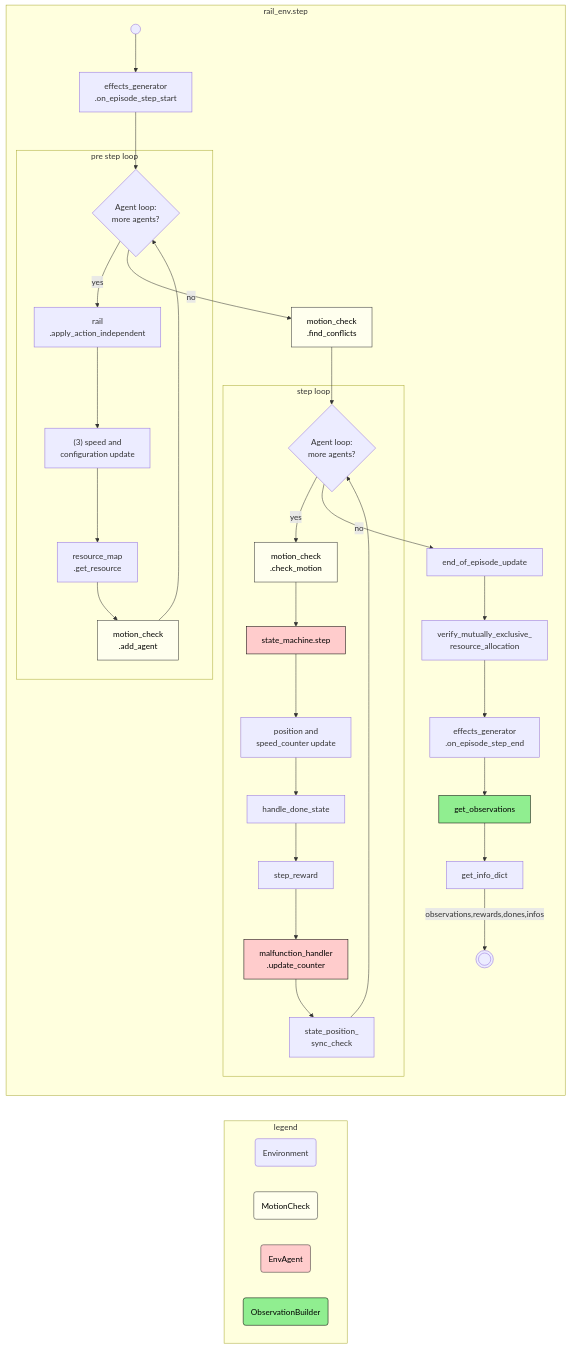
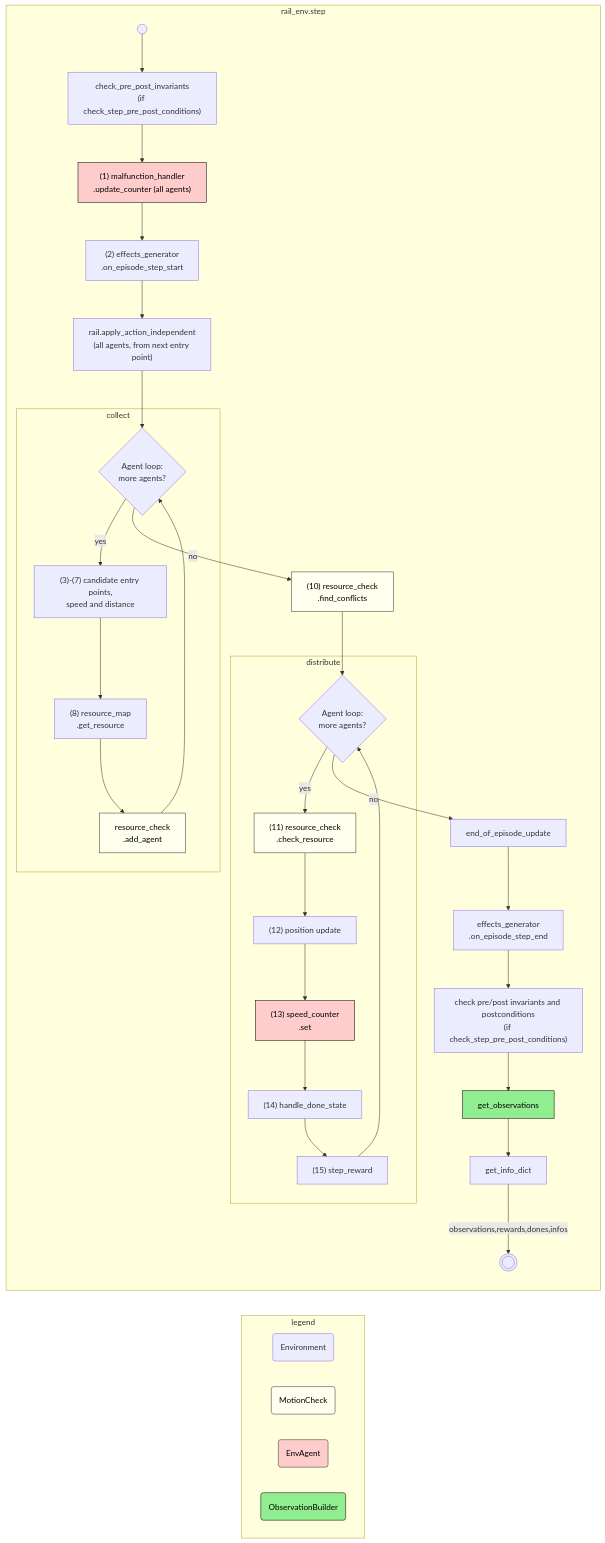
Before and after one commit to flatland-association/flatland-book: the fourth of 5 diagrams in key-concepts/key_concepts.md, drawn with Mermaid. The commit also changed other lines of this file, not shown here.

Commit message:
docs(key-concepts): update step runtime view to collect/distribute, start-of-step malfunction update and optional state machine.

````diff
--- a/key-concepts/key_concepts.md
+++ b/key-concepts/key_concepts.md
@@ -237,49 +237,49 @@
 ```mermaid
 flowchart TD
     subgraph rail_env.step
         direction TB
-        start(("&nbsp;")) --> effects_generator.on_episode_step_start[effects_generator<br/>.on_episode_step_start]
-        effects_generator.on_episode_step_start --> pre_step_loop
-        subgraph pre_step_loop_ [pre step loop]
-            pre_step_loop{Agent loop:<br/> more agents?} -->|yes| rail.apply_action_independent[rail<br/>.apply_action_independent]
-            rail.apply_action_independent --> speed_and_configuration_update["(3) speed and<br/>configuration update"]
-            speed_and_configuration_update --> resource_map.get_resource[resource_map<br/>.get_resource]
-            resource_map.get_resource --> motion_check.add_agent[motion_check<br/>.add_agent]
-            motion_check.add_agent --> pre_step_loop
+        start(("&nbsp;")) --> check_pre_invariants["check_pre_post_invariants<br/>(if check_step_pre_post_conditions)"]
+        check_pre_invariants --> malfunction_handler.update_counter["(1) malfunction_handler<br/>.update_counter (all agents)"]
+        malfunction_handler.update_counter --> effects_generator.on_episode_step_start["(2) effects_generator<br/>.on_episode_step_start"]
+        effects_generator.on_episode_step_start --> rail.apply_action_independent["rail.apply_action_independent<br/>(all agents, from next entry point)"]
+        rail.apply_action_independent --> collect_loop
+        subgraph collect_loop_ [collect]
+            collect_loop{Agent loop:<br/> more agents?} -->|yes| candidates["(3)-(7) candidate entry points,<br/>speed and distance"]
+            candidates --> resource_map.get_resource["(8) resource_map<br/>.get_resource"]
+            resource_map.get_resource --> resource_check.add_agent[resource_check<br/>.add_agent]
+            resource_check.add_agent --> collect_loop
         end
-        pre_step_loop -->|no| motion_check.find_conflicts[motion_check<br/>.find_conflicts]
-        motion_check.find_conflicts --> step_loop
-        subgraph step_loop_ [step loop]
-            step_loop{Agent loop:<br/> more agents?} -->|yes| motion_check.check_motion[motion_check<br/>.check_motion]
-            motion_check.check_motion --> state_machine.step
-            state_machine.step --> position_and_speed_counter_update["position and<br/>speed_counter update"]
-            position_and_speed_counter_update --> handle_done_state
-            handle_done_state --> step_reward
-            step_reward --> malfunction_handler.update_counter[malfunction_handler<br/>.update_counter]
-            malfunction_handler.update_counter --> state_position_sync_check[state_position_<br/>sync_check]
-            state_position_sync_check --> step_loop
+        collect_loop -->|no| resource_check.find_conflicts["(10) resource_check<br/>.find_conflicts"]
+        resource_check.find_conflicts --> distribute_loop
+        subgraph distribute_loop_ [distribute]
+            distribute_loop{Agent loop:<br/> more agents?} -->|yes| resource_check.check_resource["(11) resource_check<br/>.check_resource"]
+            resource_check.check_resource --> position_update["(12) position update"]
+            position_update --> speed_counter.set["(13) speed_counter<br/>.set"]
+            speed_counter.set --> handle_done_state["(14) handle_done_state"]
+            handle_done_state --> step_reward["(15) step_reward"]
+            step_reward --> distribute_loop
         end
-        step_loop -->|no| end_of_episode_update
-        end_of_episode_update --> verify_mutually_exclusive_resource_allocation[verify_mutually_exclusive_<br/>resource_allocation]
-        verify_mutually_exclusive_resource_allocation --> effects_generator.on_episode_step_end[effects_generator<br/>.on_episode_step_end]
-        effects_generator.on_episode_step_end --> get_observations
+        distribute_loop -->|no| end_of_episode_update
+        end_of_episode_update --> effects_generator.on_episode_step_end[effects_generator<br/>.on_episode_step_end]
+        effects_generator.on_episode_step_end --> check_post_conditions["check pre/post invariants and postconditions<br/>(if check_step_pre_post_conditions)"]
+        check_post_conditions --> get_observations
         get_observations --> get_info_dict
         get_info_dict -->|observations,rewards,dones,infos| end_((("&nbsp;")))
     end
     subgraph legend
         Environment(Environment)
         MotionCheck(MotionCheck)
         EnvAgent(EnvAgent)
         ObservationBuilder(ObservationBuilder)
     end
     style MotionCheck fill: #ffe, stroke: #333, stroke-width: 1px, color: black
-    style motion_check.check_motion fill: #ffe, stroke: #333, stroke-width: 1px, color: black
-    style motion_check.find_conflicts fill: #ffe, stroke: #333, stroke-width: 1px, color: black
-    style motion_check.add_agent fill: #ffe, stroke: #333, stroke-width: 1px, color: black
+    style resource_check.check_resource fill: #ffe, stroke: #333, stroke-width: 1px, color: black
+    style resource_check.find_conflicts fill: #ffe, stroke: #333, stroke-width: 1px, color: black
+    style resource_check.add_agent fill: #ffe, stroke: #333, stroke-width: 1px, color: black
     style EnvAgent fill: #fcc, stroke: #333, stroke-width: 1px, color: black
-    style state_machine.step fill: #fcc, stroke: #000, stroke-width: 1px, color: black
     style malfunction_handler.update_counter fill: #fcc, stroke: #000, stroke-width: 1px, color: black
+    style speed_counter.set fill: #fcc, stroke: #000, stroke-width: 1px, color: black
     style ObservationBuilder fill: #90ee90, stroke: #000, stroke-width: 1px, color: black
     style get_observations fill: #90ee90, stroke: #000, stroke-width: 1px, color: black
     rail_env.step ~~~ legend
 ```
````
